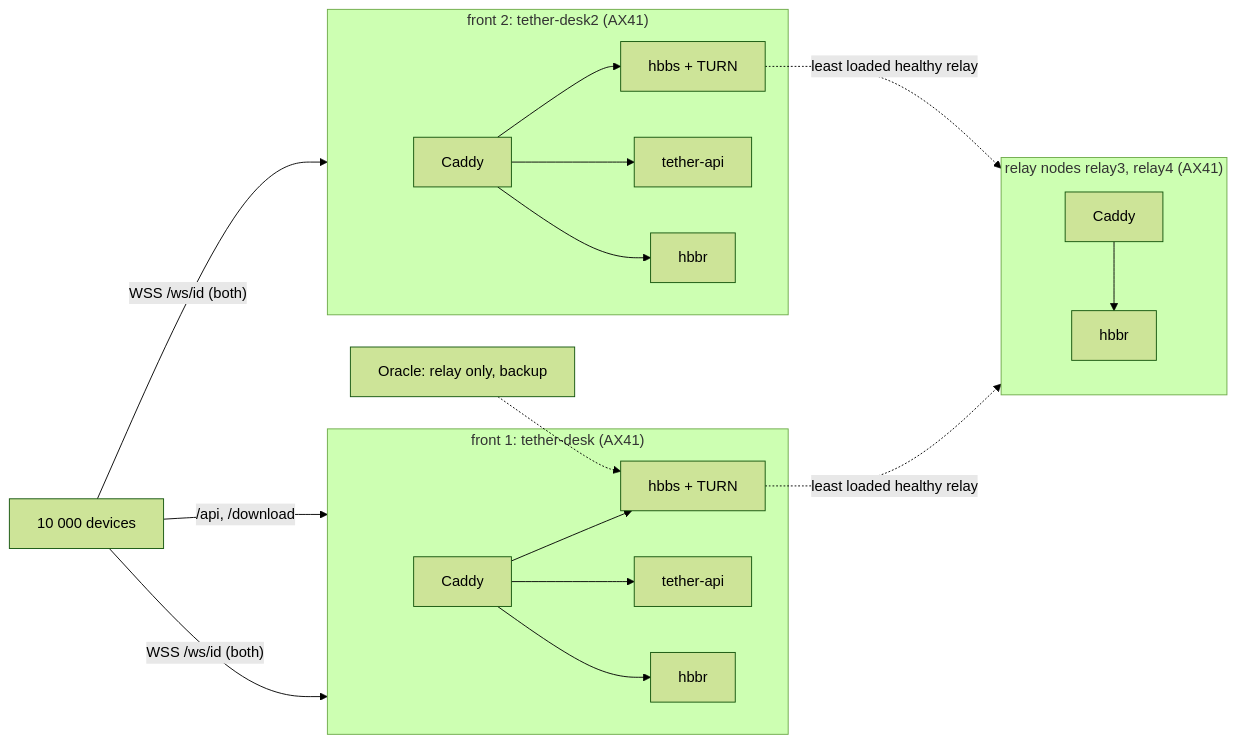
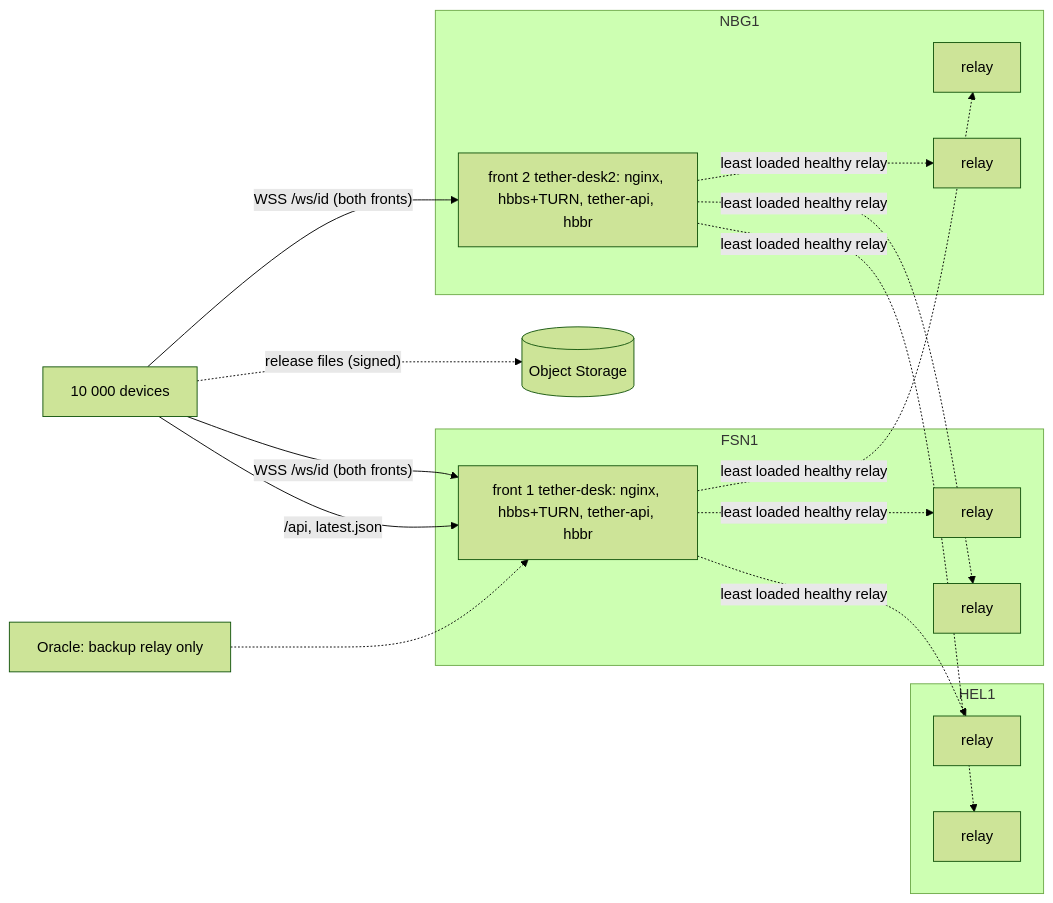
Before and after one commit to fnpanic/tether: the diagram in docs/scaling.md, drawn with Mermaid (forest theme). The commit also changed other lines of this file and 160 other files, not shown here.

````diff
--- a/docs/scaling.md
+++ b/docs/scaling.md
@@ -257,18 +339,19 @@
 ```mermaid
 flowchart LR
-  D[10 000 devices] -- "WSS /ws/id (both)" --> F1
-  D -- "WSS /ws/id (both)" --> F2
-  D -- "/api, /download" --> F1
-  subgraph F1["front 1: tether-desk (AX41)"]
-    C1[Caddy] --> S1[hbbs + TURN]; C1 --> A1[tether-api]; C1 --> R1[hbbr]
+  D[10 000 devices] -- "WSS /ws/id (both fronts)" --> F1
+  D -- "WSS /ws/id (both fronts)" --> F2
+  D -- "/api, latest.json" --> F1
+  D -. "release files (signed)" .-> OS[(Object Storage)]
+  subgraph FSN1
+    F1["front 1 tether-desk: nginx, hbbs+TURN, tether-api, hbbr"]; R1[relay]; R2[relay]
   end
-  subgraph F2["front 2: tether-desk2 (AX41)"]
-    C2[Caddy] --> S2[hbbs + TURN]; C2 --> A2[tether-api]; C2 --> R2[hbbr]
+  subgraph NBG1
+    F2["front 2 tether-desk2: nginx, hbbs+TURN, tether-api, hbbr"]; R3[relay]; R4[relay]
   end
-  subgraph R["relay nodes relay3, relay4 (AX41)"]
-    C3[Caddy] --> R3[hbbr]
+  subgraph HEL1
+    R5[relay]; R6[relay]
   end
-  S1 -. "least loaded healthy relay" .-> R
-  S2 -. "least loaded healthy relay" .-> R
-  O[Oracle: relay only, backup] -.-> S1
+  F1 -. "least loaded healthy relay" .-> R1 & R3 & R5
+  F2 -. "least loaded healthy relay" .-> R2 & R4 & R6
+  O[Oracle: backup relay only] -.-> F1
 ```
````
